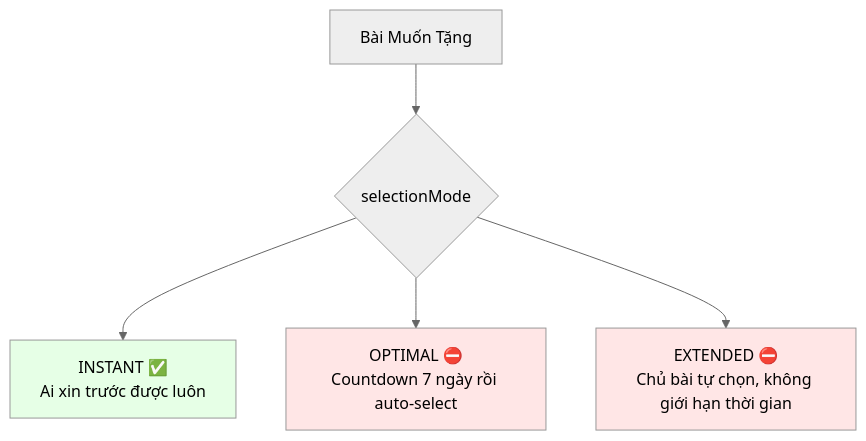
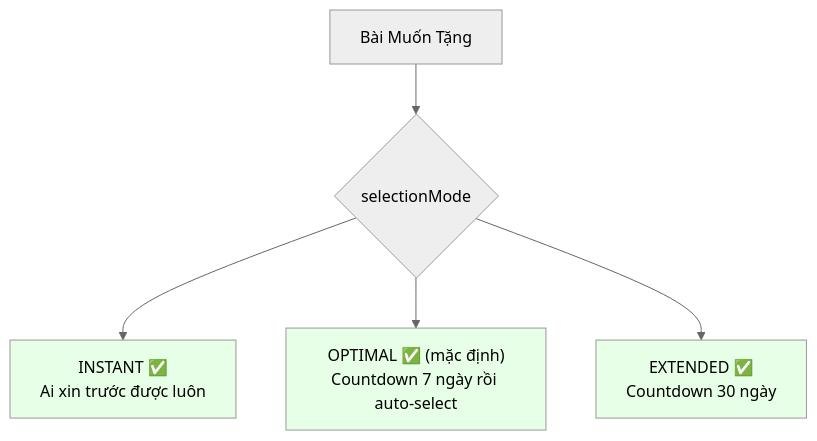
One commit to fdshn/trueheart changed the first of 6 diagrams in docs/diagram/07-request.md. Above: the diagram before and after it, drawn with Mermaid (neutral theme). The commit also changed other lines of this file and 20 other files, not shown here.

````diff
--- a/docs/diagram/07-request.md
+++ b/docs/diagram/07-request.md
@@ -8,11 +8,11 @@
 ```mermaid
 flowchart TD
     P[Bài Muốn Tặng] --> M{selectionMode}
     M --> I["INSTANT ✅<br/>Ai xin trước được luôn"]
-    M --> O["OPTIMAL ⛔<br/>Countdown 7 ngày rồi auto-select"]
-    M --> E["EXTENDED ⛔<br/>Chủ bài tự chọn, không giới hạn thời gian"]
+    M --> O["OPTIMAL ✅ (mặc định)<br/>Countdown 7 ngày rồi auto-select"]
+    M --> E["EXTENDED ✅<br/>Countdown 30 ngày"]
 
     style I fill:#e6ffe6
-    style O fill:#ffe6e6
-    style E fill:#ffe6e6
+    style O fill:#e6ffe6
+    style E fill:#e6ffe6
 ```
````
